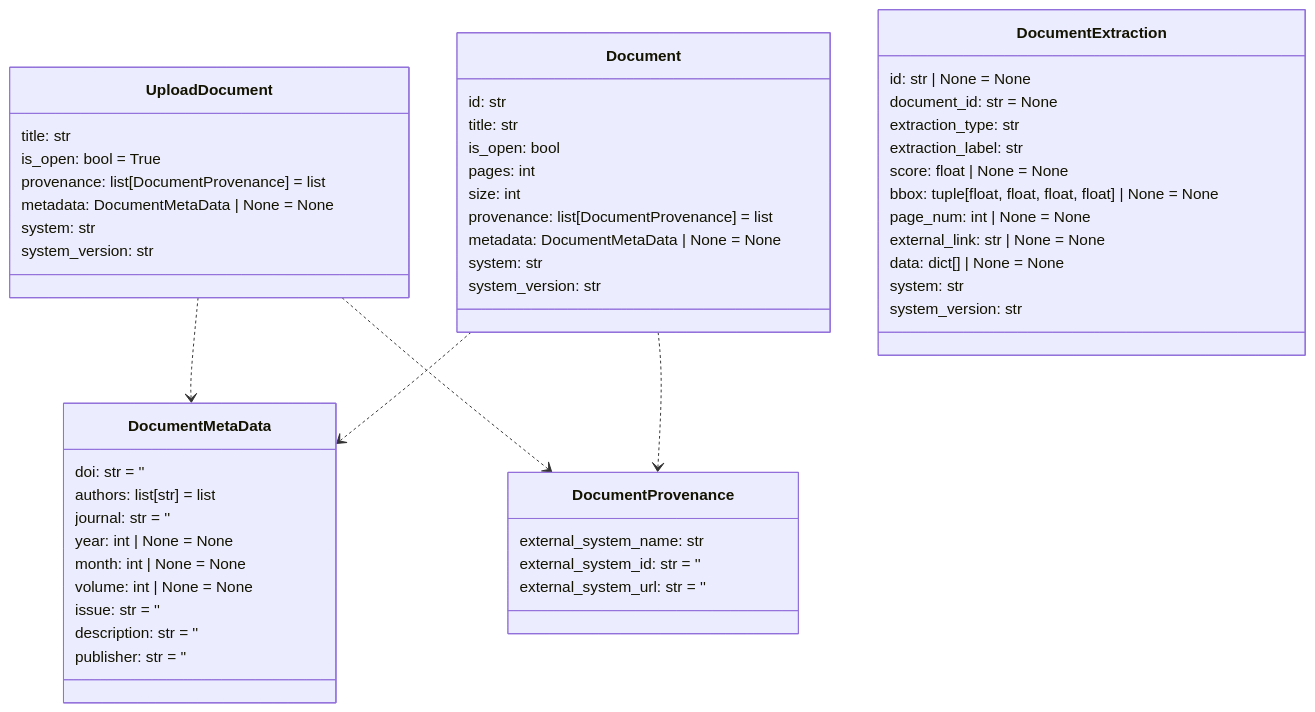
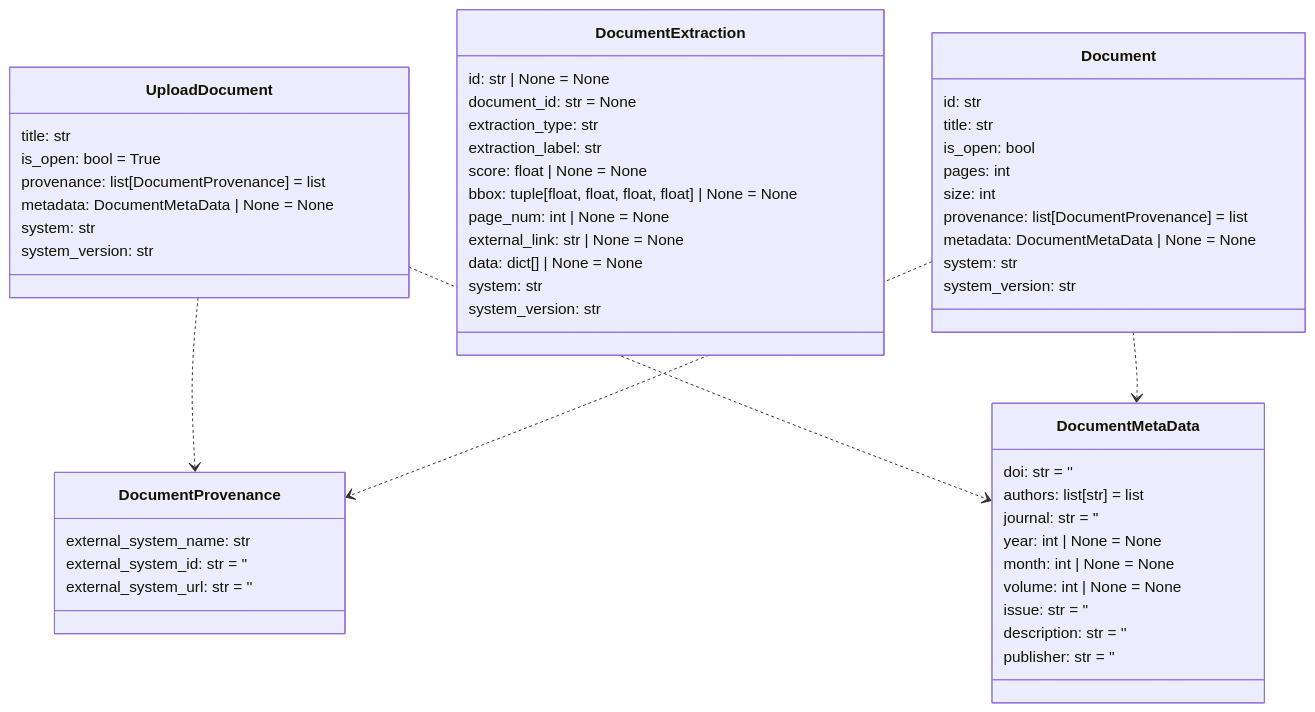
The ninth of 14 diagrams in README.md (DARPA-CRITICALMAAS/cdr_schemas), drawn with Mermaid before and after one commit. The commit also changed other lines of this file and 1 other file, not shown here.

````diff
--- a/README.md
+++ b/README.md
@@ -695,63 +695,63 @@
 ```mermaid
 classDiagram
 
     class UploadDocument {
         title: str
         is_open: bool = True
         provenance: list[DocumentProvenance] = list
         metadata: DocumentMetaData | None = None
         system: str
         system_version: str
     }
 
-    class DocumentMetaData {
-        doi: str = ''
-        authors: list[str] = list
-        journal: str = ''
-        year: int | None = None
-        month: int | None = None
-        volume: int | None = None
-        issue: str = ''
-        description: str = ''
-        publisher: str = ''
+    class DocumentExtraction {
+        id: str | None = None
+        document_id: str = None
+        extraction_type: str
+        extraction_label: str
+        score: float | None = None
+        bbox: tuple[float, float, float, float] | None = None
+        page_num: int | None = None
+        external_link: str | None = None
+        data: dict[] | None = None
+        system: str
+        system_version: str
     }
 
     class Document {
         id: str
         title: str
         is_open: bool
         pages: int
         size: int
         provenance: list[DocumentProvenance] = list
         metadata: DocumentMetaData | None = None
         system: str
         system_version: str
     }
 
     class DocumentProvenance {
         external_system_name: str
         external_system_id: str = ''
         external_system_url: str = ''
     }
 
-    class DocumentExtraction {
-        id: str | None = None
-        document_id: str = None
-        extraction_type: str
-        extraction_label: str
-        score: float | None = None
-        bbox: tuple[float, float, float, float] | None = None
-        page_num: int | None = None
-        external_link: str | None = None
-        data: dict[] | None = None
-        system: str
-        system_version: str
+    class DocumentMetaData {
+        doi: str = ''
+        authors: list[str] = list
+        journal: str = ''
+        year: int | None = None
+        month: int | None = None
+        volume: int | None = None
+        issue: str = ''
+        description: str = ''
+        publisher: str = ''
     }
 
+    UploadDocument ..> DocumentProvenance
     UploadDocument ..> DocumentMetaData
-    UploadDocument ..> DocumentProvenance
+    Document ..> DocumentProvenance
     Document ..> DocumentMetaData
-    Document ..> DocumentProvenance
 
 
 ```
````
